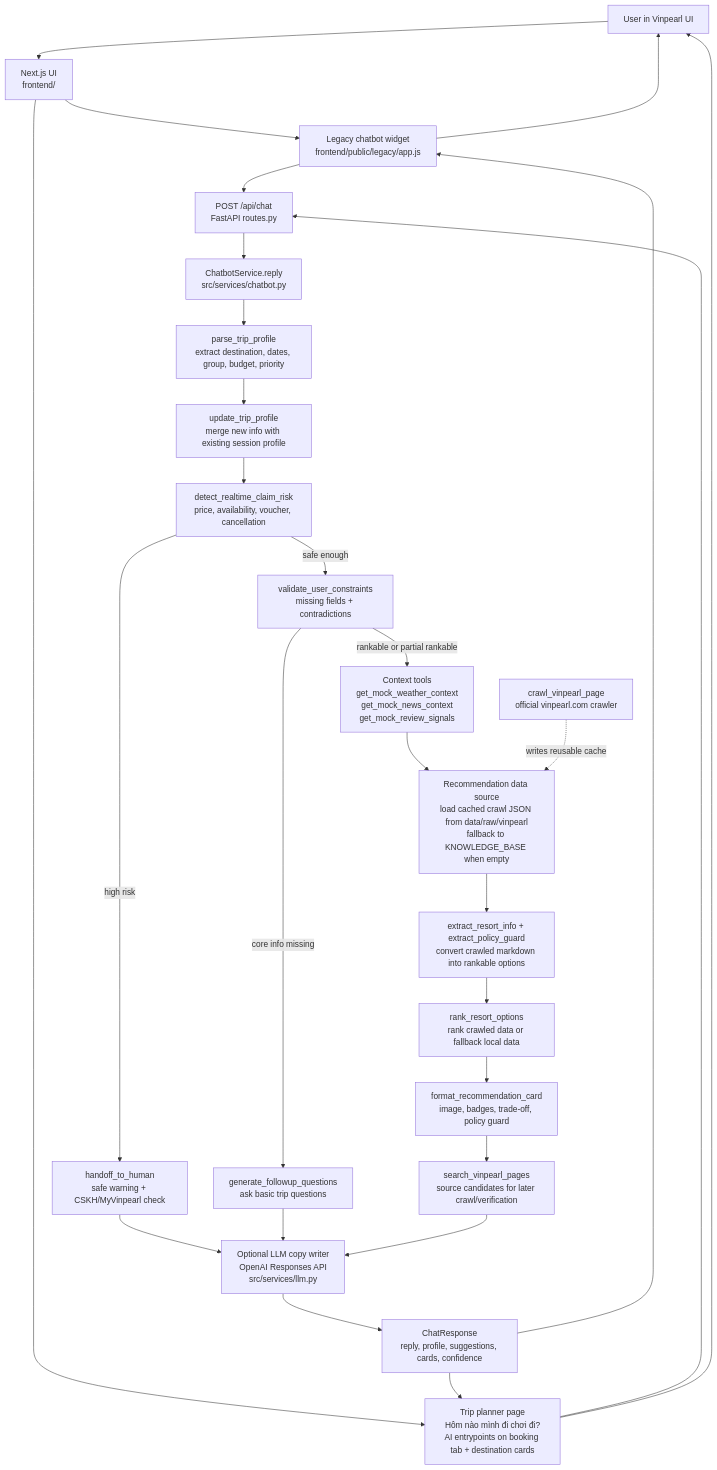
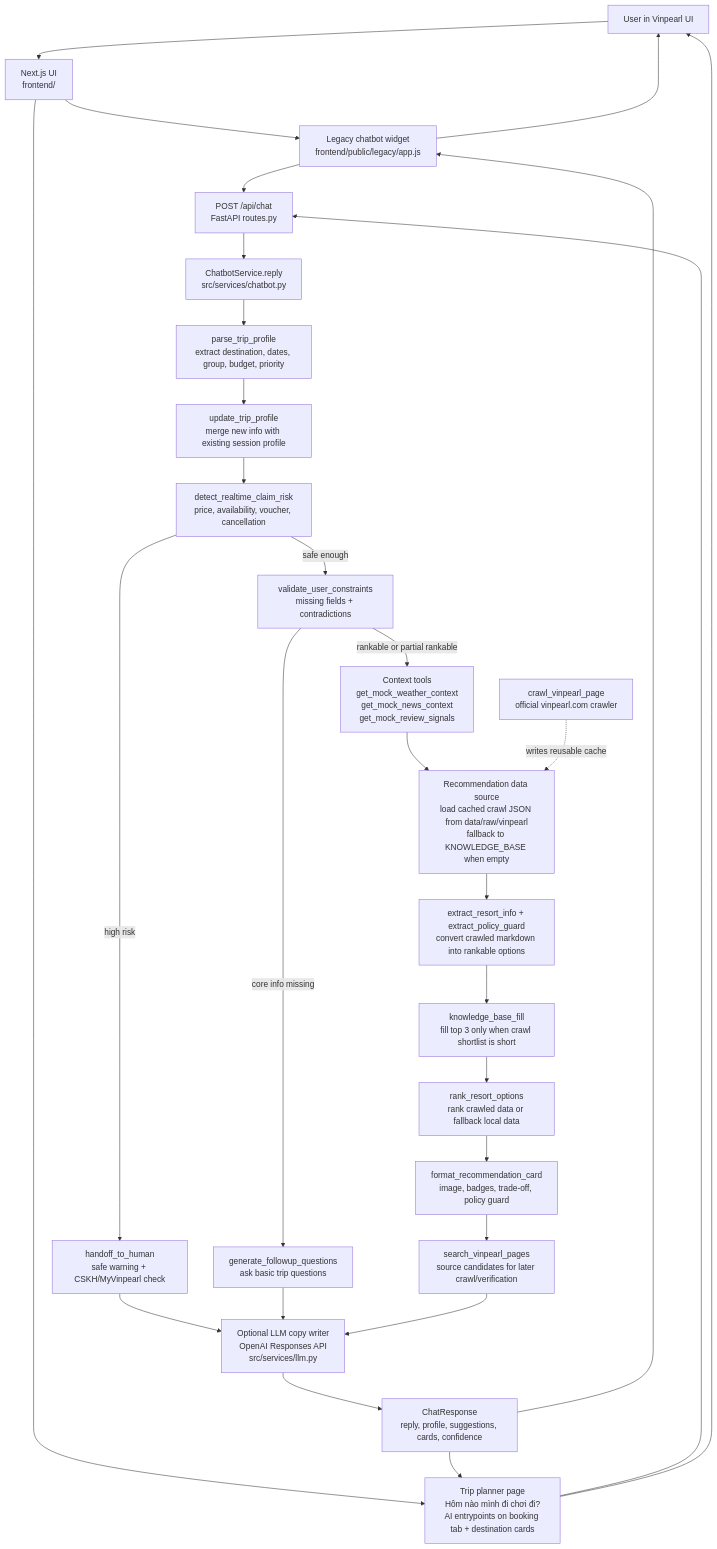
One commit to minhhai203/mini-hackathon-vinuni changed the diagram in README.md. Above: the diagram before and after it, drawn with Mermaid. The commit also changed other lines of this file and 34 other files, not shown here.

Commit message:
update: fill data crawl 2

````diff
--- a/README.md
+++ b/README.md
@@ -225,36 +225,37 @@
 ```mermaid
 flowchart TD
     U["User in Vinpearl UI"] --> FE["Next.js UI\nfrontend/"]
     FE --> W["Legacy chatbot widget\nfrontend/public/legacy/app.js"]
     FE --> PLANNER["Trip planner page\nHôm nào mình đi chơi đi?\nAI entrypoints on booking tab + destination cards"]
     W --> API["POST /api/chat\nFastAPI routes.py"]
     PLANNER --> API
     API --> S["ChatbotService.reply\nsrc/services/chatbot.py"]
 
     S --> P["parse_trip_profile\nextract destination, dates, group, budget, priority"]
     P --> UP["update_trip_profile\nmerge new info with existing session profile"]
     UP --> RISK["detect_realtime_claim_risk\nprice, availability, voucher, cancellation"]
 
     RISK -->|"high risk"| H["handoff_to_human\nsafe warning + CSKH/MyVinpearl check"]
     H --> LLM["Optional LLM copy writer\nOpenAI Responses API\nsrc/services/llm.py"]
     LLM --> OUT["ChatResponse\nreply, profile, suggestions, cards, confidence"]
 
     RISK -->|"safe enough"| VAL["validate_user_constraints\nmissing fields + contradictions"]
     VAL -->|"core info missing"| Q["generate_followup_questions\nask basic trip questions"]
     Q --> LLM
 
     VAL -->|"rankable or partial rankable"| CTX["Context tools\nget_mock_weather_context\nget_mock_news_context\nget_mock_review_signals"]
     CTX --> DATA["Recommendation data source\nload cached crawl JSON from data/raw/vinpearl\nfallback to KNOWLEDGE_BASE when empty"]
     DATA --> EXT["extract_resort_info + extract_policy_guard\nconvert crawled markdown into rankable options"]
-    EXT --> RANK["rank_resort_options\nrank crawled data or fallback local data"]
+    EXT --> FILL["knowledge_base_fill\nfill top 3 only when crawl shortlist is short"]
+    FILL --> RANK["rank_resort_options\nrank crawled data or fallback local data"]
     RANK --> CARD["format_recommendation_card\nimage, badges, trade-off, policy guard"]
     CARD --> SRC["search_vinpearl_pages\nsource candidates for later crawl/verification"]
     SRC --> LLM
 
     OUT --> W
     OUT --> PLANNER
     W --> U
     PLANNER --> U
 
     CRAWL["crawl_vinpearl_page\nofficial vinpearl.com crawler"] -. "writes reusable cache" .-> DATA
 ```
````
